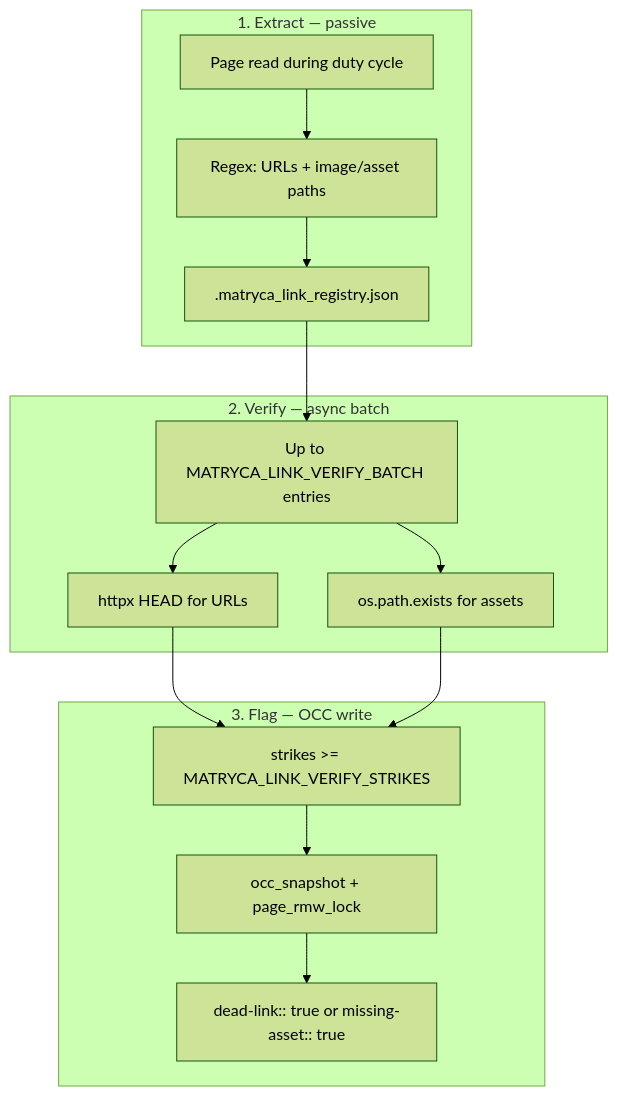
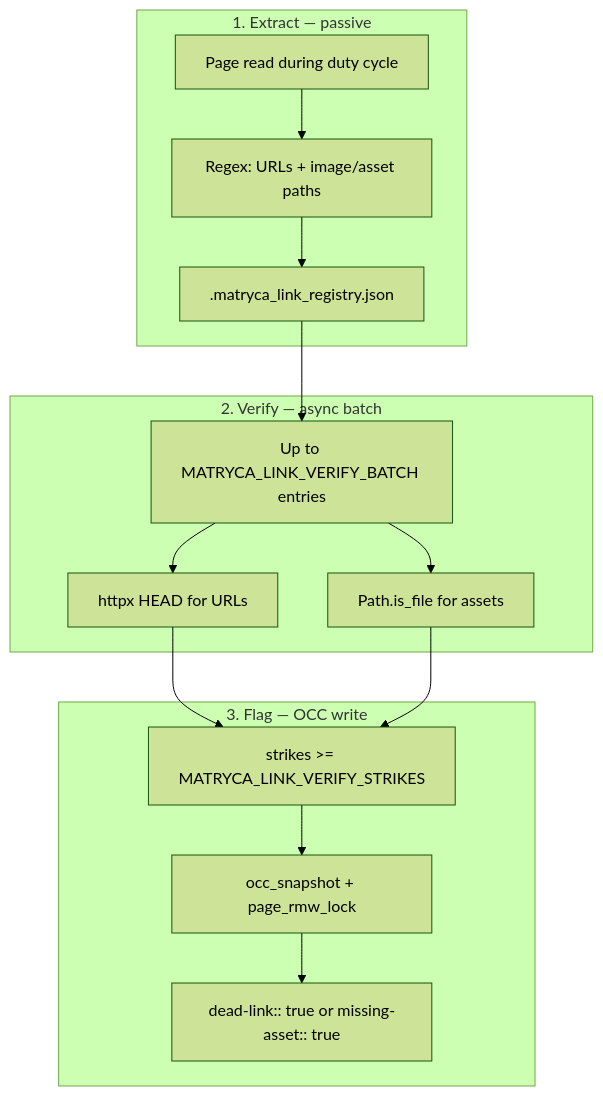
The diagram in docs/openspec/link-verification.md (blackwolf225/matryca-plumber), drawn with Mermaid (forest theme) before and after one commit. The commit also changed other lines of this file and 16 other files, not shown here.

````diff
--- a/docs/openspec/link-verification.md
+++ b/docs/openspec/link-verification.md
@@ -24,28 +24,28 @@
 ```mermaid
 flowchart TB
   subgraph extract [1. Extract — passive]
     P1[Page read during duty cycle]
     RX[Regex: URLs + image/asset paths]
     REG[".matryca_link_registry.json"]
     P1 --> RX --> REG
   end
 
   subgraph verify [2. Verify — async batch]
     BATCH[Up to MATRYCA_LINK_VERIFY_BATCH entries]
     HEAD[httpx HEAD for URLs]
-    FS[os.path.exists for assets]
+    FS[Path.is_file for assets]
     BATCH --> HEAD
     BATCH --> FS
   end
 
   subgraph flag [3. Flag — OCC write]
     STRIKES["strikes >= MATRYCA_LINK_VERIFY_STRIKES"]
     OCC[occ_snapshot + page_rmw_lock]
     PROP["dead-link:: true or missing-asset:: true"]
     STRIKES --> OCC --> PROP
   end
 
   REG --> BATCH
   HEAD --> STRIKES
   FS --> STRIKES
 ```
````
